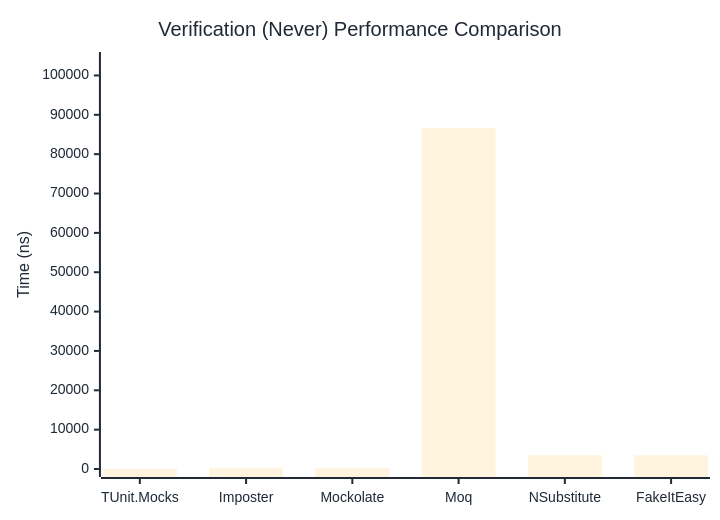
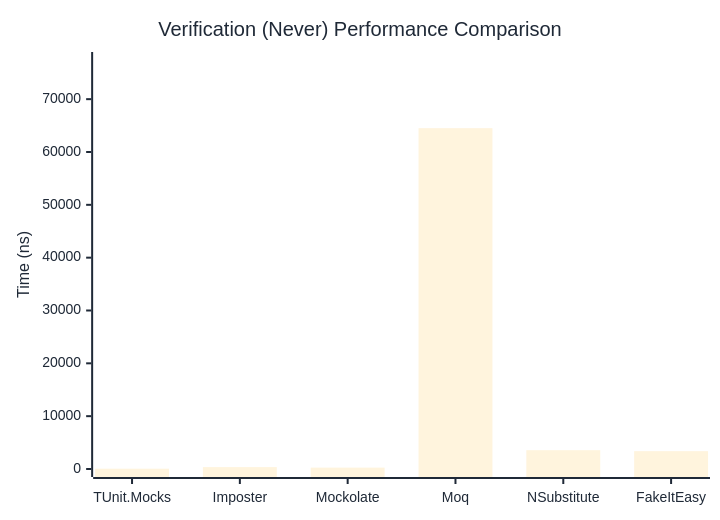
Before and after one commit to weiyilai/TUnit: the second of 3 diagrams in docs/docs/benchmarks/mocks/Verification.md, drawn with Mermaid. The commit also changed other lines of this file and 14 other files, not shown here.

````diff
--- a/docs/docs/benchmarks/mocks/Verification.md
+++ b/docs/docs/benchmarks/mocks/Verification.md
@@ -69,27 +69,27 @@
 ```mermaid
 %%{init: {
   'theme':'base',
   'themeVariables': {
     'primaryColor': '#2563eb',
     'primaryTextColor': '#1f2937',
     'primaryBorderColor': '#1e40af',
     'lineColor': '#6b7280',
     'secondaryColor': '#7c3aed',
     'tertiaryColor': '#dc2626',
     'background': '#ffffff',
     'pie1': '#2563eb',
     'pie2': '#7c3aed',
     'pie3': '#dc2626',
     'pie4': '#f59e0b',
     'pie5': '#10b981',
     'pie6': '#06b6d4',
     'pie7': '#ec4899',
     'pie8': '#6366f1'
   }
 }}%%
 xychart-beta
   title "Verification (Never) Performance Comparison"
   x-axis ["TUnit.Mocks", "Imposter", "Mockolate", "Moq", "NSubstitute", "FakeItEasy"]
-  y-axis "Time (ns)" 0 --> 103928
-  bar [47.69, 308.68, 234.34, 86606.18, 3511.67, 3508.18]
+  y-axis "Time (ns)" 0 --> 77411
+  bar [54.55, 358.76, 264.08, 64508.9, 3563.08, 3376.02]
 ```
````
